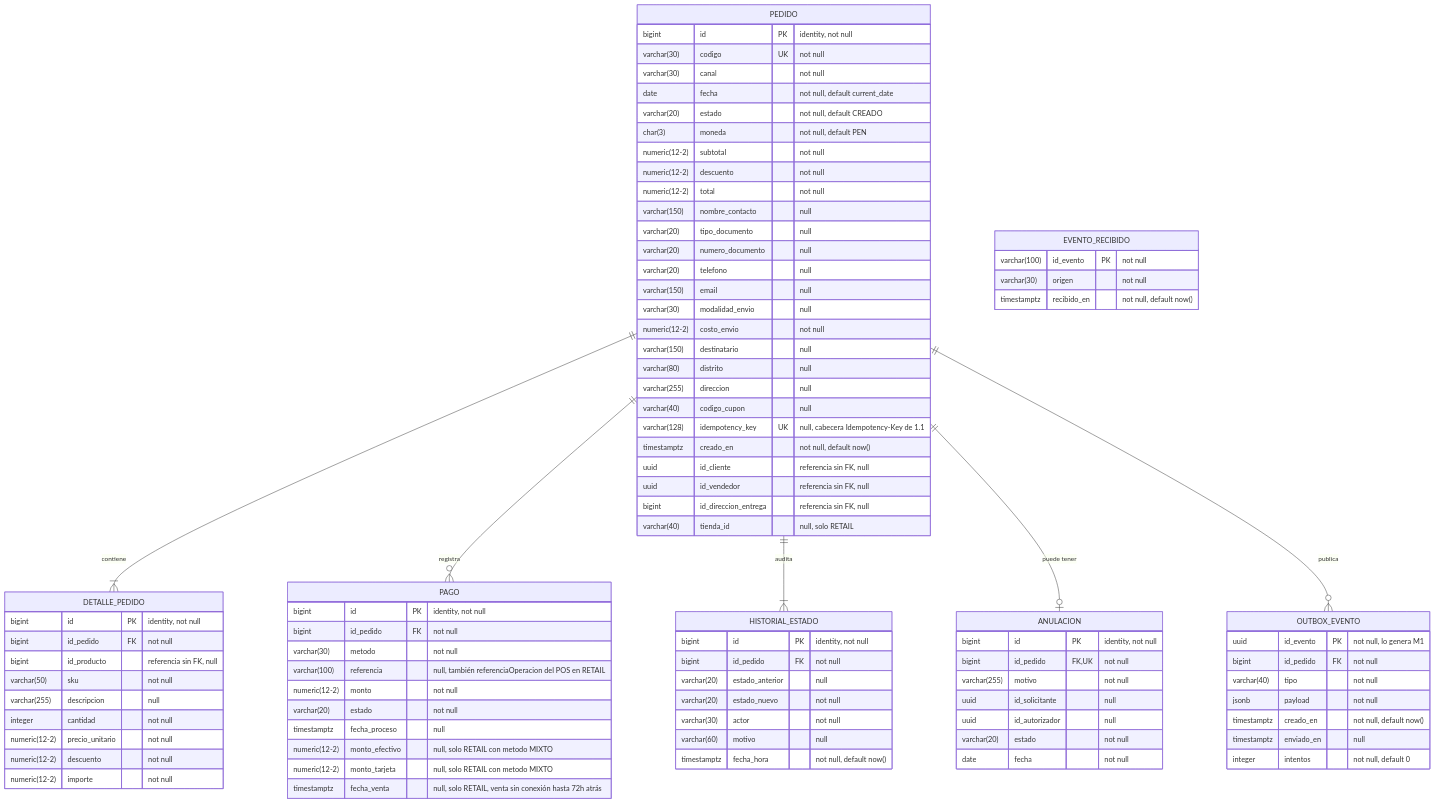
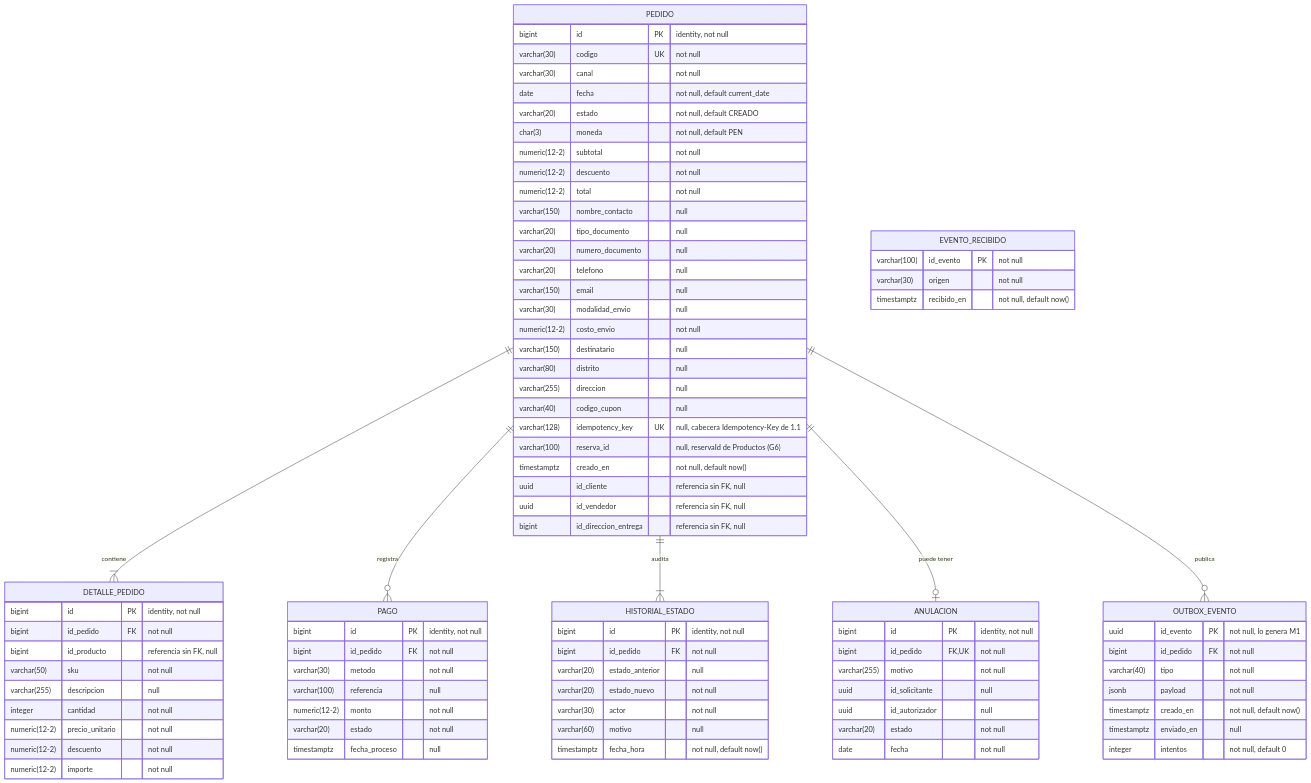
One commit to Taller-SW-Web/G5-Ventas-Postventas changed the first of 2 diagrams in diseno/diagramas/bd/diagrama-fisico.md. Above: the diagram before and after it, drawn with Mermaid. The commit also changed other lines of this file and 5 other files, not shown here.

Commit message:
docs: reserva_id y SISTEMA_PRODUCTOS en la base de datos

```diff
--- a/diseno/diagramas/bd/diagrama-fisico.md
+++ b/diseno/diagramas/bd/diagrama-fisico.md
@@ -39,11 +35,11 @@
         varchar(255) direccion "null"
         varchar(40) codigo_cupon "null"
         varchar(128) idempotency_key UK "null, cabecera Idempotency-Key de 1.1"
+        varchar(100) reserva_id "null, reservaId de Productos (G6)"
         timestamptz creado_en "not null, default now()"
         uuid id_cliente "referencia sin FK, null"
         uuid id_vendedor "referencia sin FK, null"
         bigint id_direccion_entrega "referencia sin FK, null"
-        varchar(40) tienda_id "null, solo RETAIL"
     }
     DETALLE_PEDIDO {
         bigint id PK "identity, not null"
@@ -60,13 +56,10 @@
         bigint id PK "identity, not null"
         bigint id_pedido FK "not null"
         varchar(30) metodo "not null"
-        varchar(100) referencia "null, también referenciaOperacion del POS en RETAIL"
+        varchar(100) referencia "null"
         numeric(12-2) monto "not null"
         varchar(20) estado "not null"
         timestamptz fecha_proceso "null"
-        numeric(12-2) monto_efectivo "null, solo RETAIL con metodo MIXTO"
-        numeric(12-2) monto_tarjeta "null, solo RETAIL con metodo MIXTO"
-        timestamptz fecha_venta "null, solo RETAIL, venta sin conexión hasta 72h atrás"
     }
     HISTORIAL_ESTADO {
         bigint id PK "identity, not null"
```
